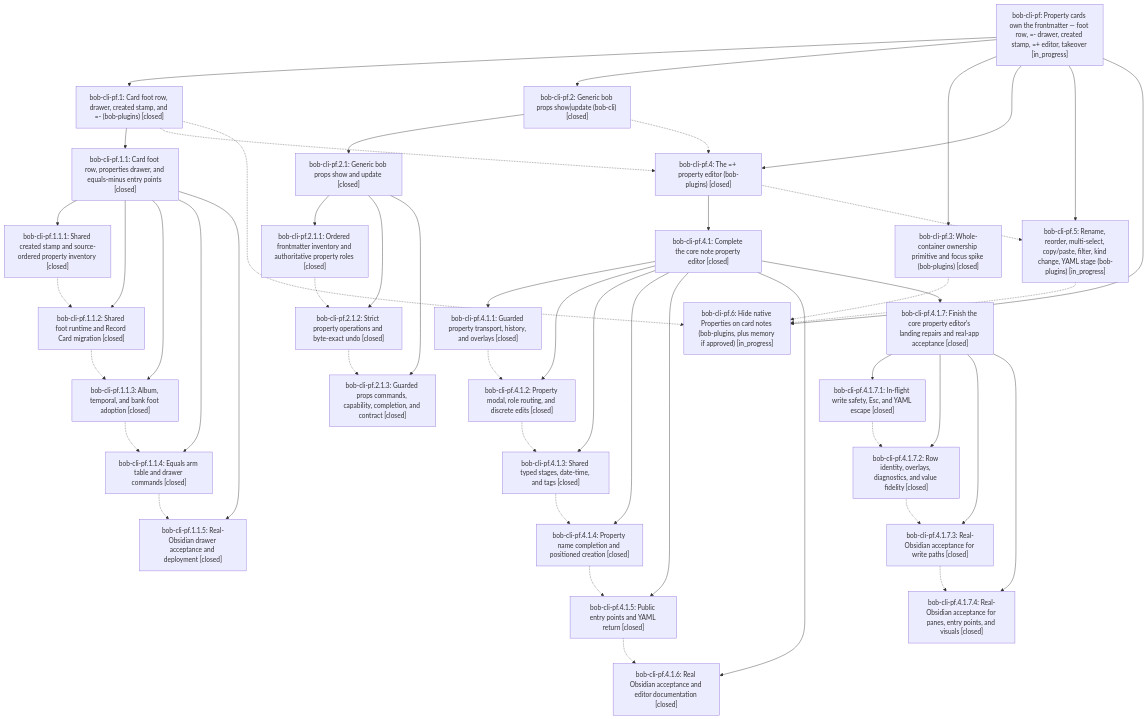
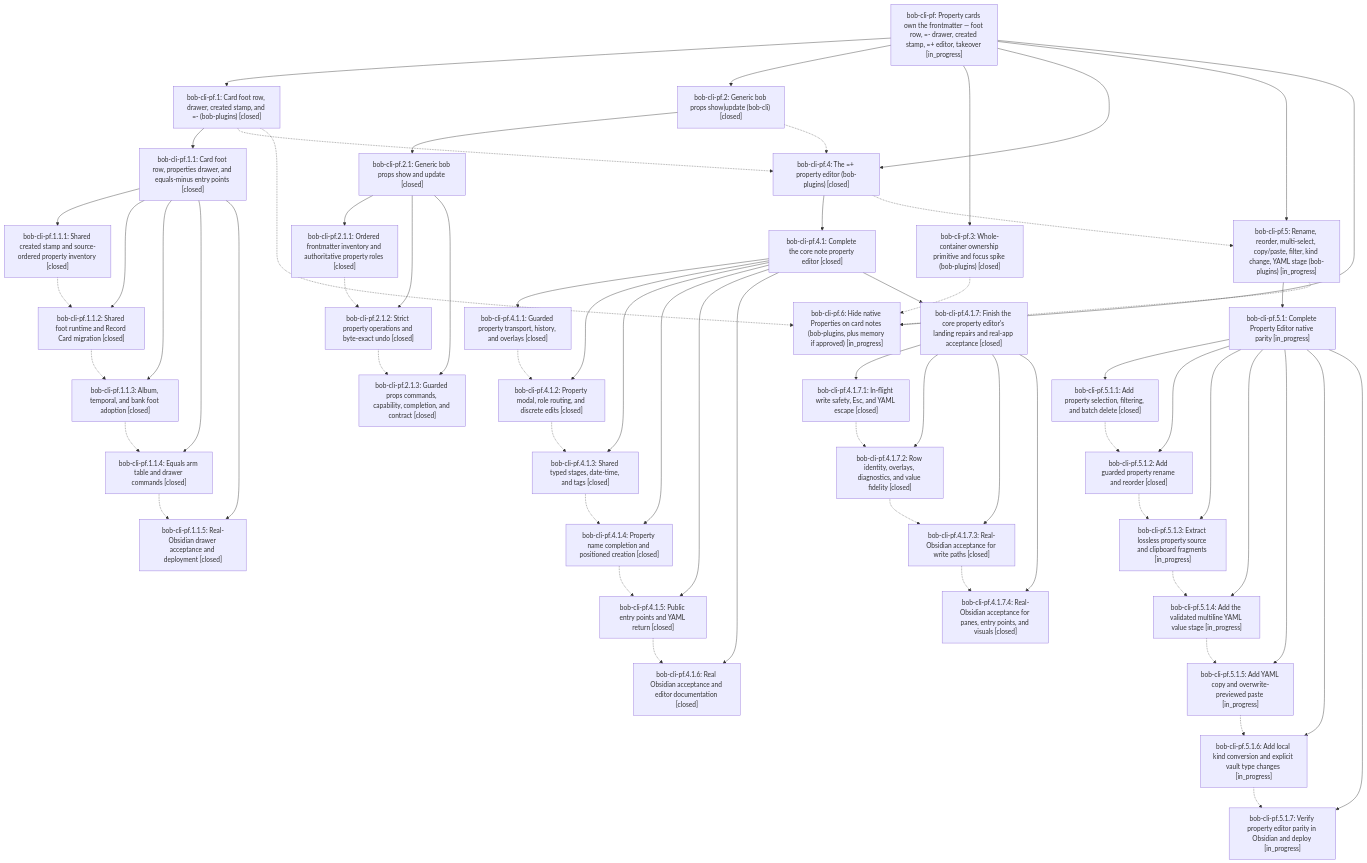
One commit to bobs-org/bob-cli--beads changed the diagram in pages/bob-cli-pf/README.md. Above: the diagram before and after it, drawn with Mermaid. The commit also changed other lines of this file and 9 other files, not shown here.

First line of the commit message:
chore(beads): sync bead state and pages for bob-cli-pf

````diff
--- a/pages/bob-cli-pf/README.md
+++ b/pages/bob-cli-pf/README.md
@@ -68,7 +68,15 @@
     n25["bob-cli-pf.4.1.7.3: Real-Obsidian acceptance for write paths [closed]"]
     n26["bob-cli-pf.4.1.7.4: Real-Obsidian acceptance for panes, entry points, and visuals [closed]"]
     n27["bob-cli-pf.5: Rename, reorder, multi-select, copy/paste, filter, kind change, YAML stage (bob-plugins) [in_progress]"]
-    n28["bob-cli-pf.6: Hide native Properties on card notes (bob-plugins, plus memory if approved) [in_progress]"]
+    n28["bob-cli-pf.5.1: Complete Property Editor native parity [in_progress]"]
+    n29["bob-cli-pf.5.1.1: Add property selection, filtering, and batch delete [closed]"]
+    n30["bob-cli-pf.5.1.2: Add guarded property rename and reorder [closed]"]
+    n31["bob-cli-pf.5.1.3: Extract lossless property source and clipboard fragments [in_progress]"]
+    n32["bob-cli-pf.5.1.4: Add the validated multiline YAML value stage [in_progress]"]
+    n33["bob-cli-pf.5.1.5: Add YAML copy and overwrite-previewed paste [in_progress]"]
+    n34["bob-cli-pf.5.1.6: Add local kind conversion and explicit vault type changes [in_progress]"]
+    n35["bob-cli-pf.5.1.7: Verify property editor parity in Obsidian and deploy [in_progress]"]
+    n36["bob-cli-pf.6: Hide native Properties on card notes (bob-plugins, plus memory if approved) [in_progress]"]
     n0 --> n1
     n1 --> n2
     n2 --> n3
@@ -96,9 +104,17 @@
     n22 --> n25
     n22 --> n26
     n0 --> n27
-    n0 --> n28
+    n27 --> n28
+    n28 --> n29
+    n28 --> n30
+    n28 --> n31
+    n28 --> n32
+    n28 --> n33
+    n28 --> n34
+    n28 --> n35
+    n0 --> n36
     n1 -.-> n14
-    n1 -.-> n28
+    n1 -.-> n36
     n3 -.-> n4
     n4 -.-> n5
     n5 -.-> n6
@@ -106,7 +122,7 @@
     n8 -.-> n14
     n10 -.-> n11
     n11 -.-> n12
-    n13 -.-> n28
+    n13 -.-> n36
     n14 -.-> n27
     n16 -.-> n17
     n17 -.-> n18
@@ -116,5 +132,11 @@
     n23 -.-> n24
     n24 -.-> n25
     n25 -.-> n26
-    n27 -.-> n28
+    n27 -.-> n36
+    n29 -.-> n30
+    n30 -.-> n31
+    n31 -.-> n32
+    n32 -.-> n33
+    n33 -.-> n34
+    n34 -.-> n35
 ```
````
